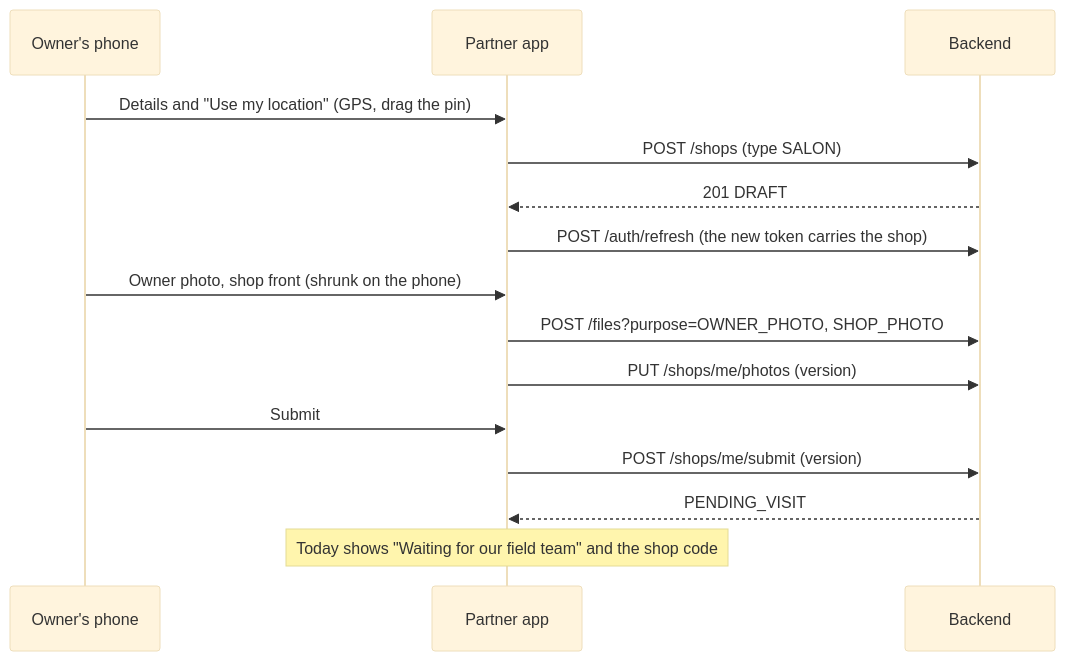
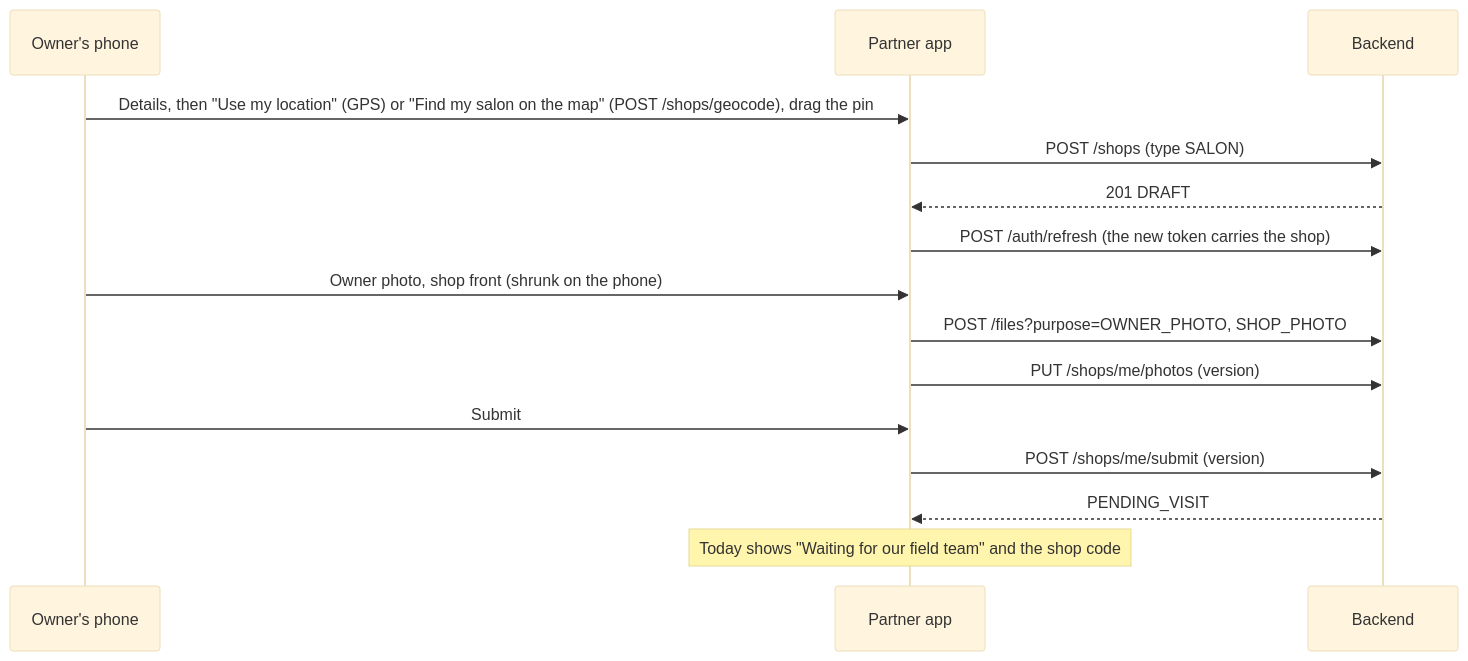
The second of 3 diagrams in README.md (Premanshu-jha/apni-dukan-partner), drawn with Mermaid (base theme) before and after one commit. The commit also changed other lines of this file and 3 other files, not shown here.

````diff
--- a/README.md
+++ b/README.md
@@ -117,17 +117,17 @@
 ```mermaid
 sequenceDiagram
   participant O as Owner's phone
   participant A as Partner app
   participant B as Backend
-  O->>A: Details and "Use my location" (GPS, drag the pin)
+  O->>A: Details, then "Use my location" (GPS) or "Find my salon on the map" (POST /shops/geocode), drag the pin
   A->>B: POST /shops (type SALON)
   B-->>A: 201 DRAFT
   A->>B: POST /auth/refresh (the new token carries the shop)
   O->>A: Owner photo, shop front (shrunk on the phone)
   A->>B: POST /files?purpose=OWNER_PHOTO, SHOP_PHOTO
   A->>B: PUT /shops/me/photos (version)
   O->>A: Submit
   A->>B: POST /shops/me/submit (version)
   B-->>A: PENDING_VISIT
   Note over A: Today shows "Waiting for our field team" and the shop code
 ```
````
